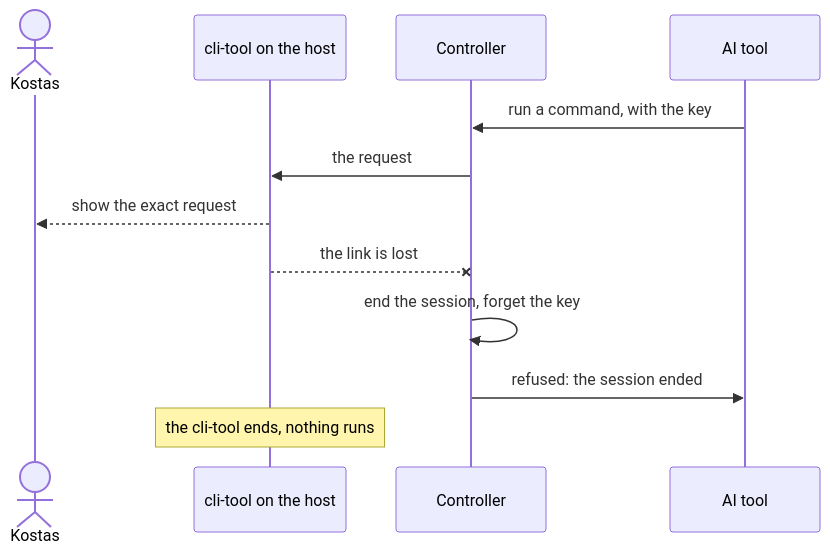
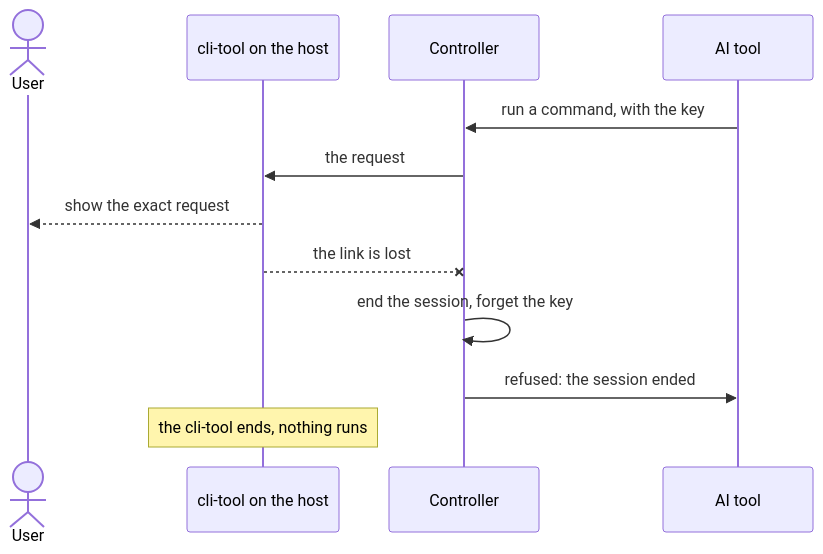
Before and after one commit to kdop/gangway: the fifth of 8 diagrams in diagrams.draft.md, drawn with Mermaid. The commit also changed other lines of this file and 4 other files, not shown here.

````diff
--- a/diagrams.draft.md
+++ b/diagrams.draft.md
@@ -127,15 +150,15 @@
 ```mermaid
 sequenceDiagram
-  actor K as Kostas
+  actor K as User
   participant C as cli-tool on the host
   participant S as Controller
   participant A as AI tool
 
   A->>S: run a command, with the key
   S->>C: the request
   C-->>K: show the exact request
   C--xS: the link is lost
   S->>S: end the session, forget the key
   S->>A: refused: the session ended
   Note over C: the cli-tool ends, nothing runs
 ```
````
